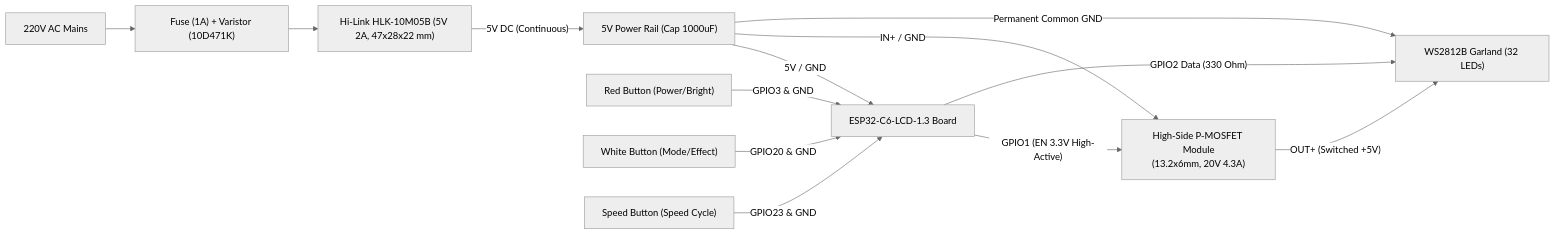
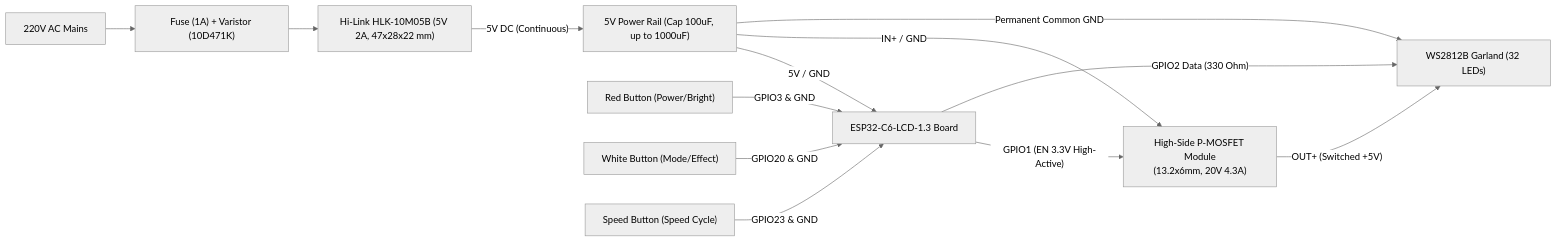
Before and after one commit to ABespalov/csigarland: the diagram in docs/hardware/specification.md, drawn with Mermaid (neutral theme). The commit also changed other lines of this file and 182 other files, not shown here.

````diff
--- a/docs/hardware/specification.md
+++ b/docs/hardware/specification.md
@@ -15,15 +15,15 @@
 ```mermaid
 flowchart LR
     AC["220V AC Mains"] --> Fuse["Fuse (1A) + Varistor (10D471K)"]
     Fuse --> HiLink["Hi-Link HLK-10M05B (5V 2A, 47x28x22 mm)"]
-    HiLink -->|"5V DC (Continuous)"| Rail5V["5V Power Rail (Cap 1000uF)"]
+    HiLink -->|"5V DC (Continuous)"| Rail5V["5V Power Rail (Cap 100uF, up to 1000uF)"]
     Rail5V -->|"5V / GND"| ESP["ESP32-C6-LCD-1.3 Board"]
     Rail5V -->|"IN+ / GND"| Mosfet["High-Side P-MOSFET Module<br/>(13.2x6mm, 20V 4.3A)"]
     ESP -->|"GPIO1 (EN 3.3V High-Active)"| Mosfet
     Mosfet -->|"OUT+ (Switched +5V)"| LEDChain["WS2812B Garland (32 LEDs)"]
     Rail5V -->|"Permanent Common GND"| LEDChain
     ESP -->|"GPIO2 Data (330 Ohm)"| LEDChain
     BtnRed["Red Button (Power/Bright)"] -->|"GPIO3 & GND"| ESP
     BtnWhite["White Button (Mode/Effect)"] -->|"GPIO20 & GND"| ESP
     BtnSpeed["Speed Button (Speed Cycle)"] -->|"GPIO23 & GND"| ESP
 ```
````
